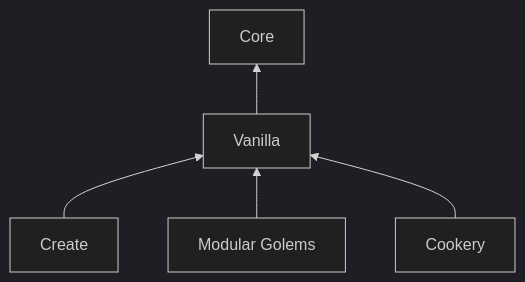
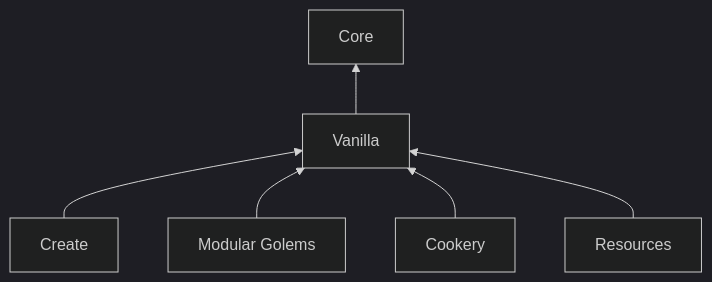
One commit to IzakyL/folkways changed the diagram in docs/en/architecture.md. Above: the diagram before and after it, drawn with Mermaid (dark theme). The commit also changed other lines of this file and 12 other files, not shown here.

````diff
--- a/docs/en/architecture.md
+++ b/docs/en/architecture.md
@@ -20,7 +21,8 @@
 ```mermaid
 flowchart BT
     Vanilla --> Core
     Create --> Vanilla
     ModularGolems[Modular Golems] --> Vanilla
     Cookery --> Vanilla
+    Resources --> Vanilla
 ```
````
